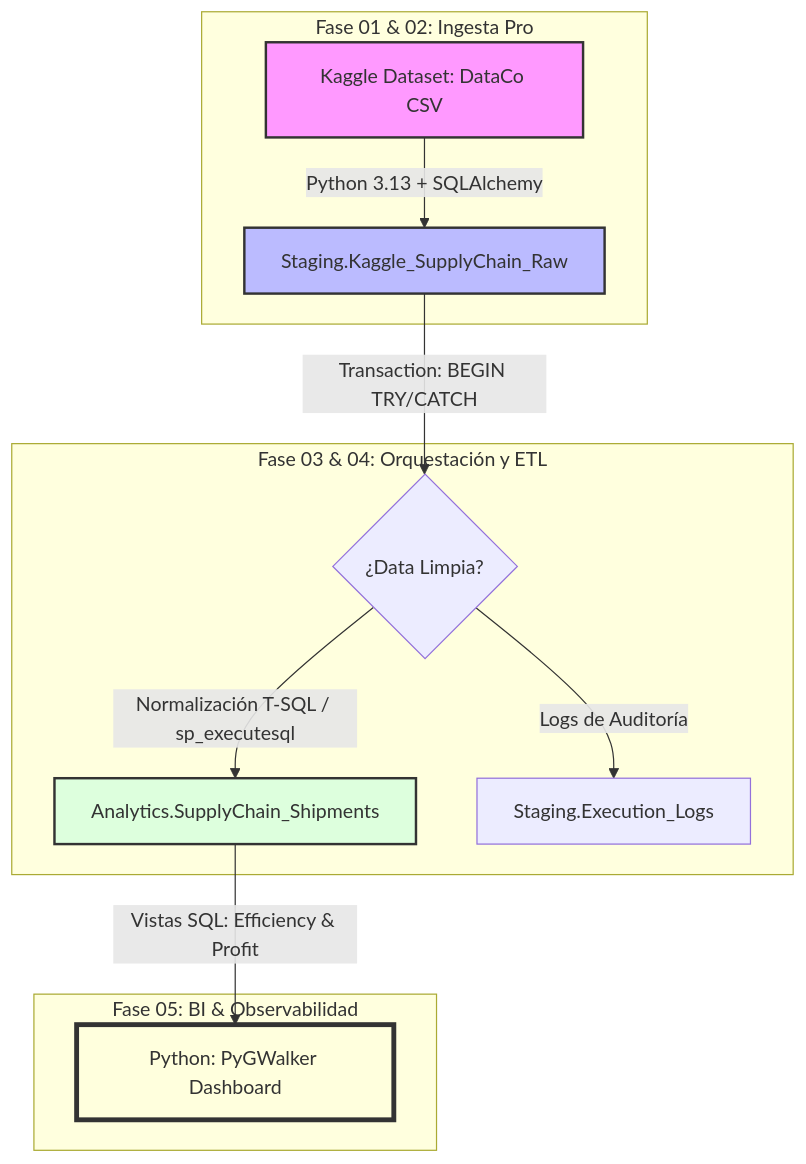
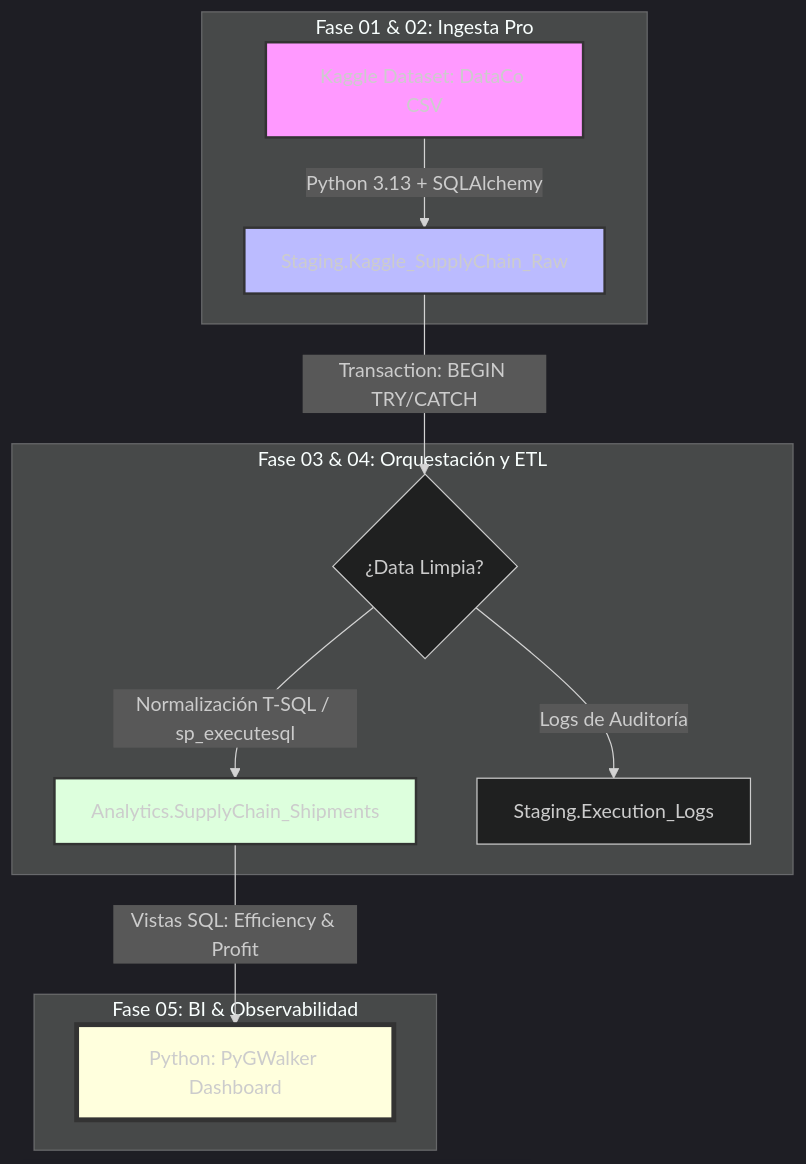
One commit to dzib/Portafolio-Alberto changed the diagram in P04_Real_World_Ingestion/README.md. Above: the diagram before and after it, drawn with Mermaid. The commit also changed other lines of this file, not shown here.

````diff
--- a/P04_Real_World_Ingestion/README.md
+++ b/P04_Real_World_Ingestion/README.md
@@ -20,21 +36,22 @@
 ```mermaid
+%%{init: {'theme': 'dark'}}%%
 graph TD
     subgraph "Fase 01 & 02: Ingesta Pro"
     A[Kaggle Dataset: DataCo CSV] -->|Python 3.13 + SQLAlchemy| B[Staging.Kaggle_SupplyChain_Raw]
     end
 
     subgraph "Fase 03 & 04: Orquestación y ETL"
     B -->|Transaction: BEGIN TRY/CATCH| C{¿Data Limpia?}
     C -->|Normalización T-SQL / sp_executesql| D[Analytics.SupplyChain_Shipments]
     C -->|Logs de Auditoría| E[Staging.Execution_Logs]
     end
 
     subgraph "Fase 05: BI & Observabilidad"
     D -->|Vistas SQL: Efficiency & Profit| F[Python: PyGWalker Dashboard]
     end
 
     style A fill:#f9f,stroke:#333,stroke-width:2px
     style B fill:#bbf,stroke:#333,stroke-width:2px
     style D fill:#dfd,stroke:#333,stroke-width:2px
     style F fill:#ffd,stroke:#333,stroke-width:4px
 ```
````
